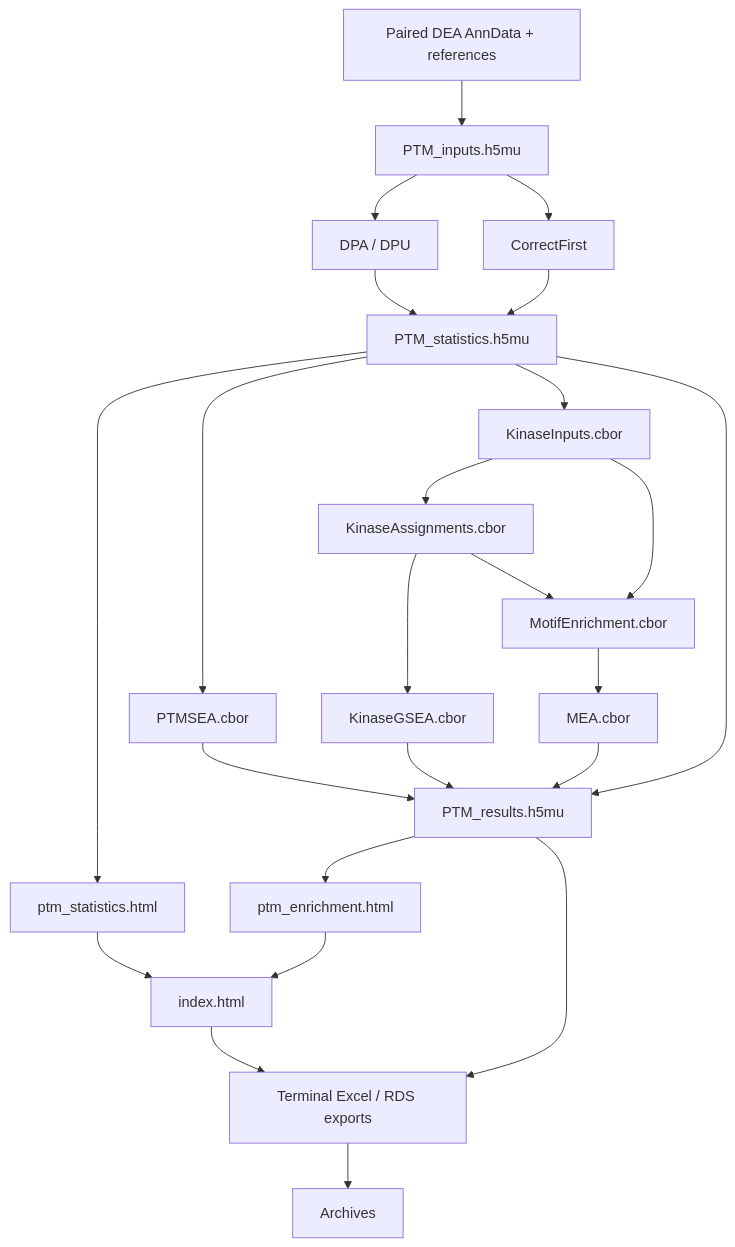
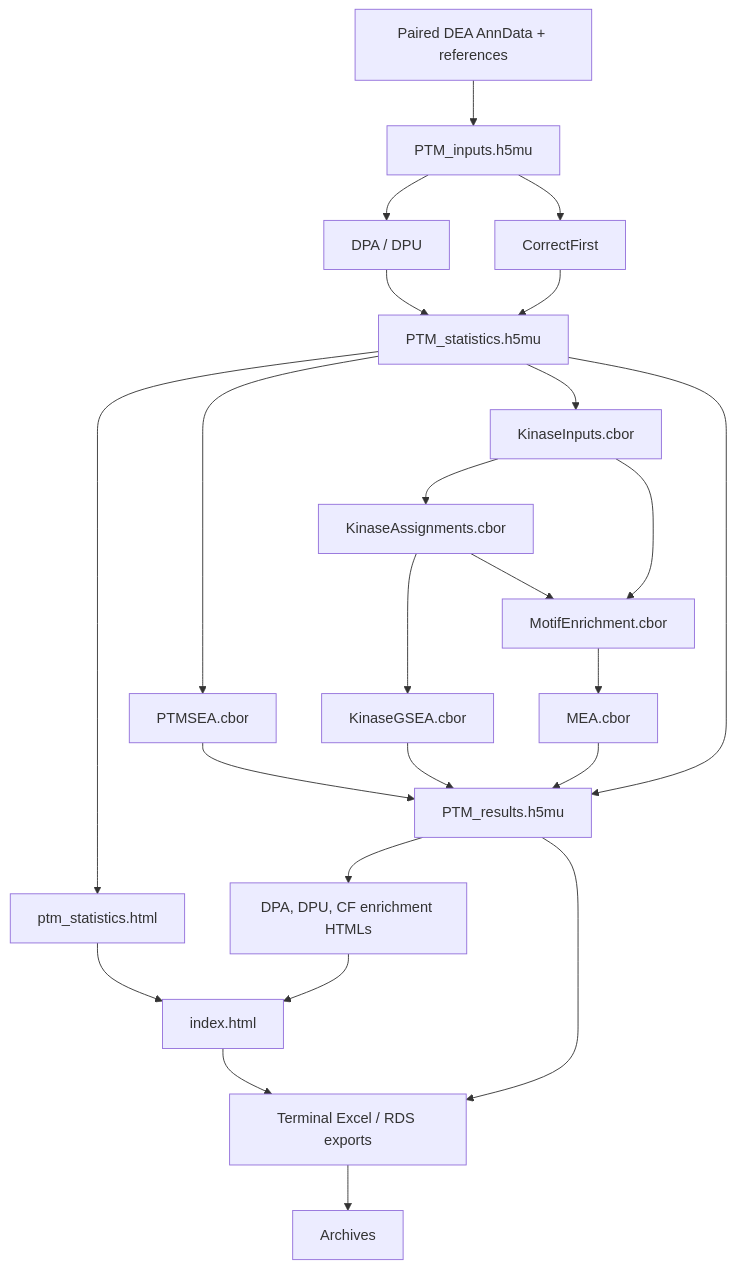
The diagram in docs/index.md (wolski/ptm-pipeline), drawn with Mermaid before and after one commit. The commit also changed other lines of this file and 8 other files, not shown here.

Commit message:
Render separate enrichment reports for each PTM analysis

````diff
--- a/docs/index.md
+++ b/docs/index.md
@@ -53,26 +53,26 @@
 ```mermaid
 flowchart TB
     DEA["Paired DEA AnnData + references"] --> INPUT["PTM_inputs.h5mu"]
     INPUT --> DPA["DPA / DPU"]
     INPUT --> CF["CorrectFirst"]
     DPA --> STATS["PTM_statistics.h5mu"]
     CF --> STATS
     STATS --> STATS_REPORT["ptm_statistics.html"]
     STATS --> SEA["PTMSEA.cbor"]
     STATS --> PREP["KinaseInputs.cbor"]
     PREP --> ASSIGN["KinaseAssignments.cbor"]
     ASSIGN --> GSEA["KinaseGSEA.cbor"]
     ASSIGN --> MOTIF["MotifEnrichment.cbor"]
     PREP --> MOTIF
     MOTIF --> MEA["MEA.cbor"]
     SEA --> FINAL["PTM_results.h5mu"]
     GSEA --> FINAL
     MEA --> FINAL
     STATS --> FINAL
-    FINAL --> ENRICH_REPORT["ptm_enrichment.html"]
+    FINAL --> ENRICH_REPORT["DPA, DPU, CF enrichment HTMLs"]
     STATS_REPORT --> INDEX["index.html"]
     ENRICH_REPORT --> INDEX
     INDEX --> EXPORT["Terminal Excel / RDS exports"]
     FINAL --> EXPORT
     EXPORT --> ZIP["Archives"]
 ```
````
